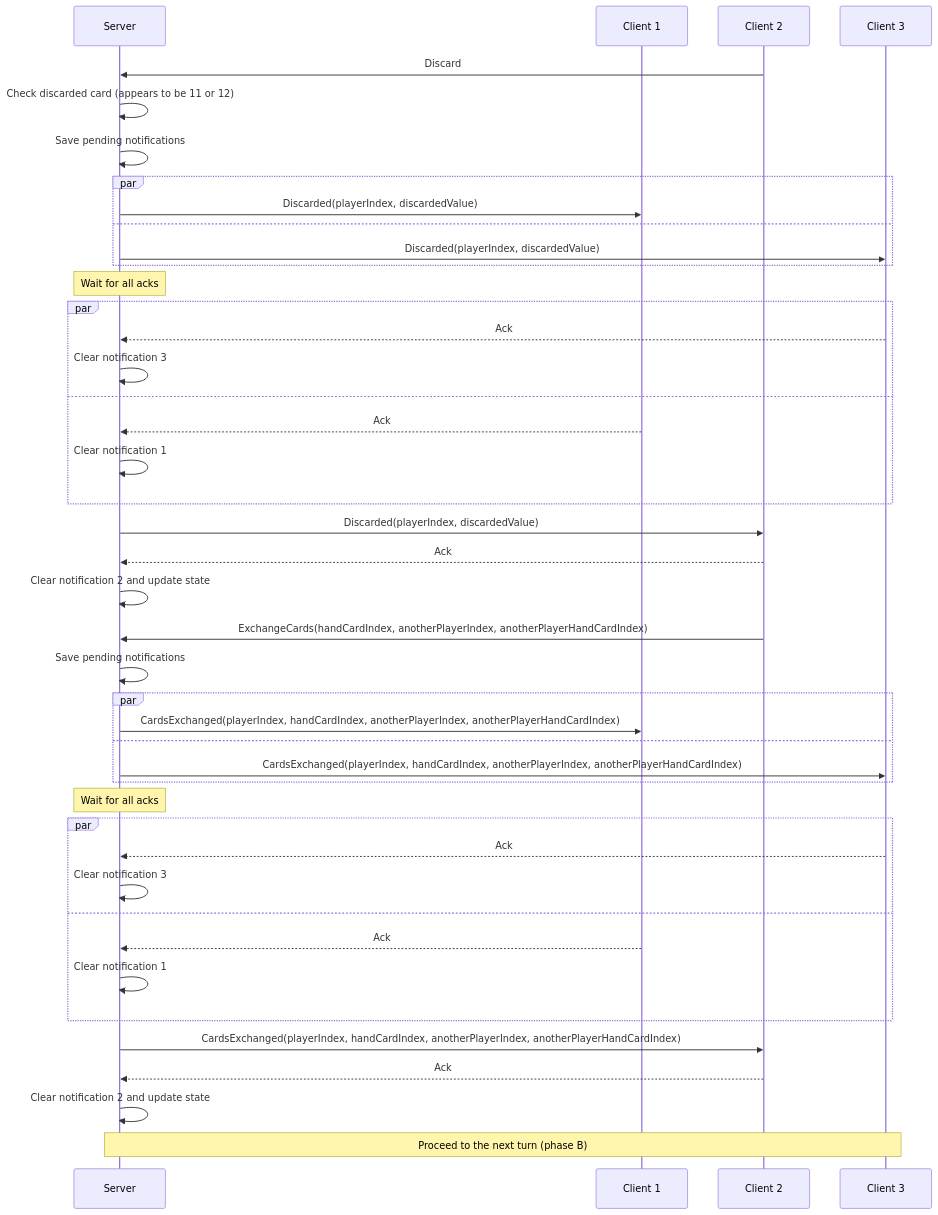
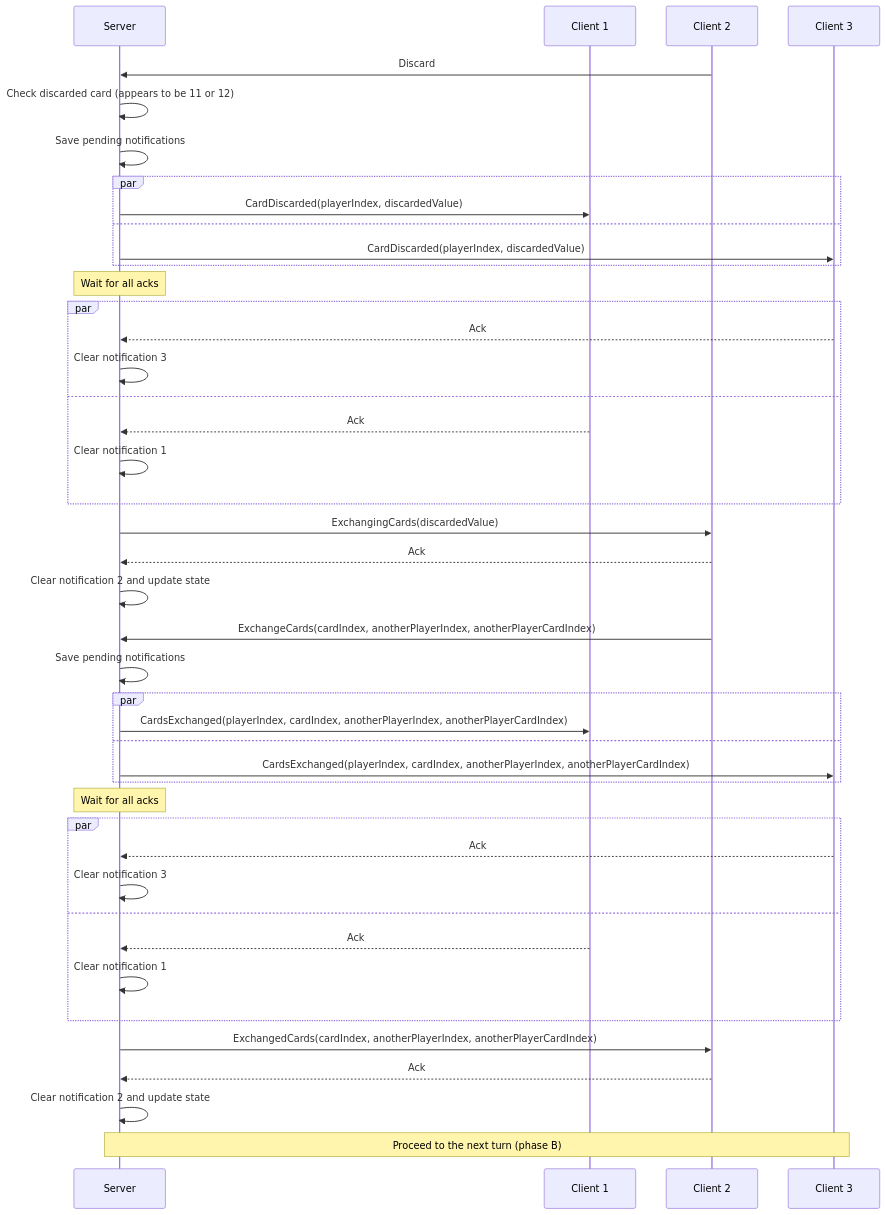
Diagram 13 of 15 in README.md (roman-zubarevich/another), drawn with Mermaid before and after one commit. The commit also changed other lines of this file, not shown here.

````diff
--- a/README.md
+++ b/README.md
@@ -402,45 +402,45 @@
 ```mermaid
 sequenceDiagram
     participant S as Server
     participant C1 as Client 1
     participant C2 as Client 2
     participant C3 as Client 3
     C2->>S: Discard
     S->>S: Check discarded card (appears to be 11 or 12)
     S->>S: Save pending notifications
     par
-        S->>C1: Discarded(playerIndex, discardedValue)
+        S->>C1: CardDiscarded(playerIndex, discardedValue)
     and
-        S->>C3: Discarded(playerIndex, discardedValue)
+        S->>C3: CardDiscarded(playerIndex, discardedValue)
     end
     Note over S: Wait for all acks
     par
         C3-->>S: Ack
         S->>S: Clear notification 3
     and
         C1-->>S: Ack
         S->>S: Clear notification 1
     end
-    S->>C2: Discarded(playerIndex, discardedValue)
+    S->>C2: ExchangingCards(discardedValue)
     C2-->>S: Ack
     S->>S: Clear notification 2 and update state
-    C2->>S: ExchangeCards(handCardIndex, anotherPlayerIndex, anotherPlayerHandCardIndex)
+    C2->>S: ExchangeCards(cardIndex, anotherPlayerIndex, anotherPlayerCardIndex)
     S->>S: Save pending notifications
     par
-        S->>C1: CardsExchanged(playerIndex, handCardIndex, anotherPlayerIndex, anotherPlayerHandCardIndex)
+        S->>C1: CardsExchanged(playerIndex, cardIndex, anotherPlayerIndex, anotherPlayerCardIndex)
     and
-        S->>C3: CardsExchanged(playerIndex, handCardIndex, anotherPlayerIndex, anotherPlayerHandCardIndex)
+        S->>C3: CardsExchanged(playerIndex, cardIndex, anotherPlayerIndex, anotherPlayerCardIndex)
     end
     Note over S: Wait for all acks
     par
         C3-->>S: Ack
         S->>S: Clear notification 3
     and
         C1-->>S: Ack
         S->>S: Clear notification 1
     end
-    S->>C2: CardsExchanged(playerIndex, handCardIndex, anotherPlayerIndex, anotherPlayerHandCardIndex)
+    S->>C2: ExchangedCards(cardIndex, anotherPlayerIndex, anotherPlayerCardIndex)
     C2-->>S: Ack
     S->>S: Clear notification 2 and update state
     Note over S,C3: Proceed to the next turn (phase B)
 ```
````
